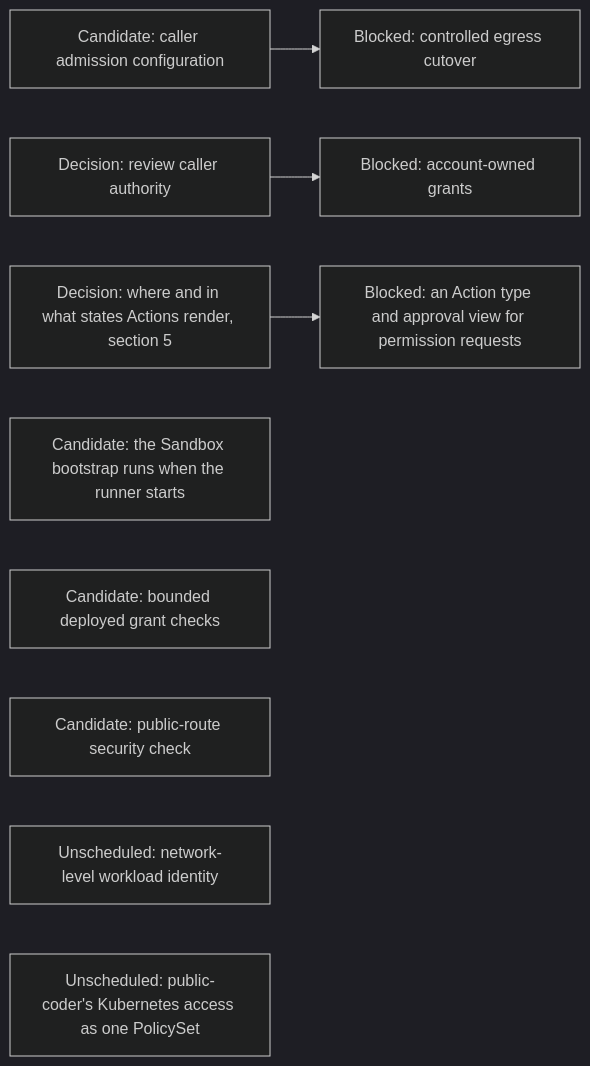
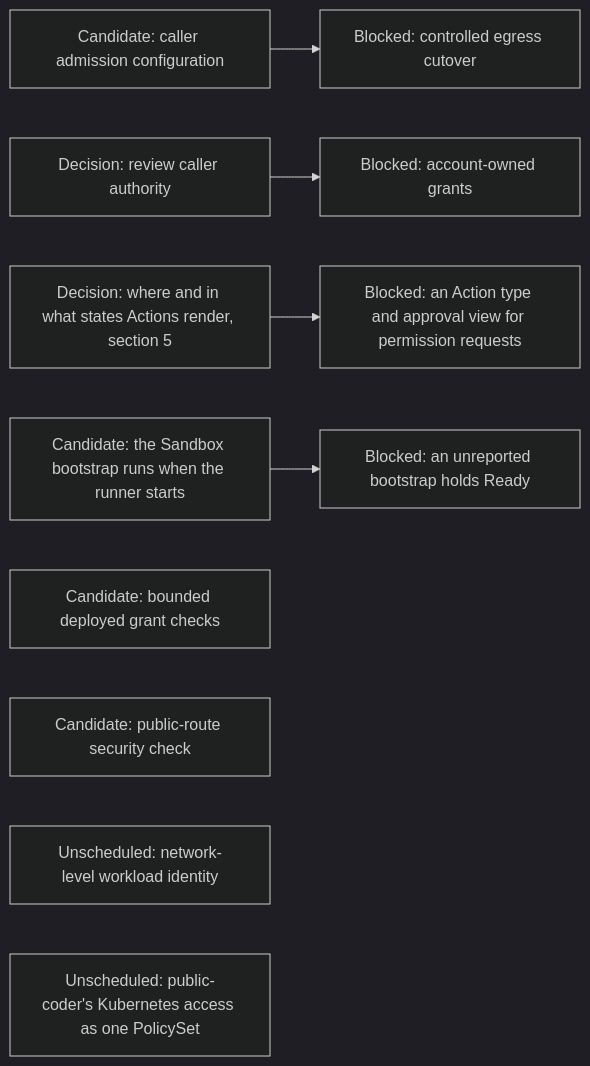
Before and after one commit to agentydragon-agent/ducktape: the eighth of 14 diagrams in agentplane/plans/task_dag.md, drawn with Mermaid (dark theme). The commit also changed other lines of this file, not shown here.

First line of the commit message:
DAG: remove the unreported-bootstrap transition once old runners are gone (#10430)

````diff
--- a/agentplane/plans/task_dag.md
+++ b/agentplane/plans/task_dag.md
@@ -534,13 +534,14 @@
 ```mermaid
 flowchart LR
     PC_EGRESS_CREDENTIALS[Candidate: caller admission configuration] --> PC_EGRESS[Blocked: controlled egress cutover]
     CLAUDE_AI_SA[Decision: review caller authority] --> MANAGED_SA_RBAC[Blocked: account-owned grants]
     AGENT_PERMISSION_REQUESTS[Blocked: an Action type and approval view for permission requests]
     ACTION_SURFACES_DESIGN[Decision: where and in what states Actions render, section 5]
     ACTION_SURFACES_DESIGN --> AGENT_PERMISSION_REQUESTS
     BOOTSTRAP_PROGRESS_CONTRACT[Candidate: the Sandbox bootstrap runs when the runner starts]
+    BOOTSTRAP_PROGRESS_CONTRACT --> BOOTSTRAP_UNKNOWN_HOLDS_READY[Blocked: an unreported bootstrap holds Ready]
     SANDBOX_RBAC[Candidate: bounded deployed grant checks]
     NOTIFICATION_INGRESS_BOUNDARY[Candidate: public-route security check]
     NETWORK_WORKLOAD_IDENTITY[Unscheduled: network-level workload identity]
     PC_KUBERNETES_POLICY_SET[Unscheduled: public-coder's Kubernetes access as one PolicySet]
 ```
````
